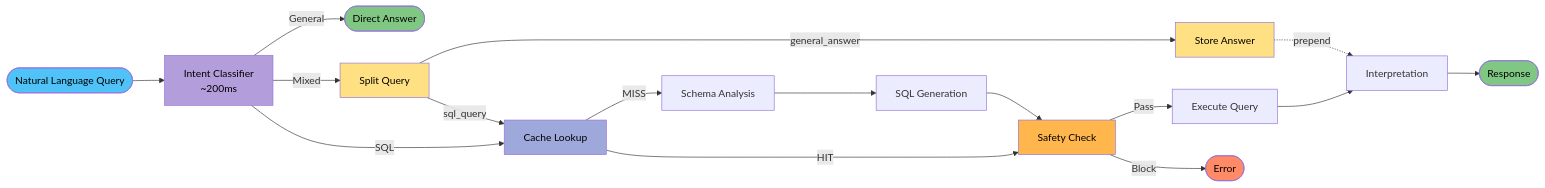
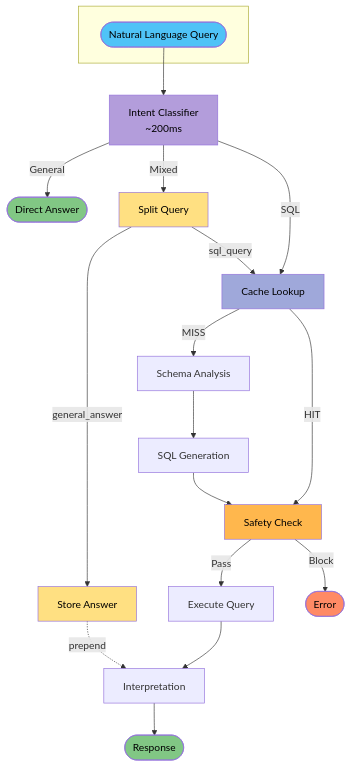
One commit to keo571/netquery changed the diagram in README.md. Above: the diagram before and after it, drawn with Mermaid.

Commit message:
docs: Use TD layout with input subgraph in flowchart
Position Natural Language Query at top-left using subgraph wrapper
while keeping top-down flow direction.

🤖 Generated with [Claude Code](https://claude.com/claude-code)

````diff
--- a/README.md
+++ b/README.md
@@ -9,31 +9,35 @@
 ```mermaid
-flowchart LR
-    A([Natural Language Query]) --> IC[Intent Classifier<br/>~200ms]
+flowchart TD
+    subgraph Input[" "]
+        A([Natural Language Query])
+    end
+
+    A --> IC[Intent Classifier<br/>~200ms]
     IC -->|General| GA([Direct Answer])
     IC -->|SQL| CL[Cache Lookup]
     IC -->|Mixed| SPLIT[Split Query]
 
     SPLIT -->|general_answer| STORE[Store Answer]
     SPLIT -->|sql_query| CL
 
     CL -->|HIT| V[Safety Check]
     CL -->|MISS| B[Schema Analysis]
 
     B --> C[SQL Generation]
     C --> V
     V -->|Pass| E[Execute Query]
     V -->|Block| H([Error])
     E --> F[Interpretation]
     STORE -.->|prepend| F
     F --> G([Response])
 
     style A fill:#4FC3F7,color:#000
     style IC fill:#B39DDB,color:#000
     style CL fill:#9FA8DA,color:#000
     style G fill:#81C784,color:#000
     style GA fill:#81C784,color:#000
     style H fill:#FF8A65,color:#000
     style V fill:#FFB74D,color:#000
     style SPLIT fill:#FFE082,color:#000
     style STORE fill:#FFE082,color:#000
 ```
````
